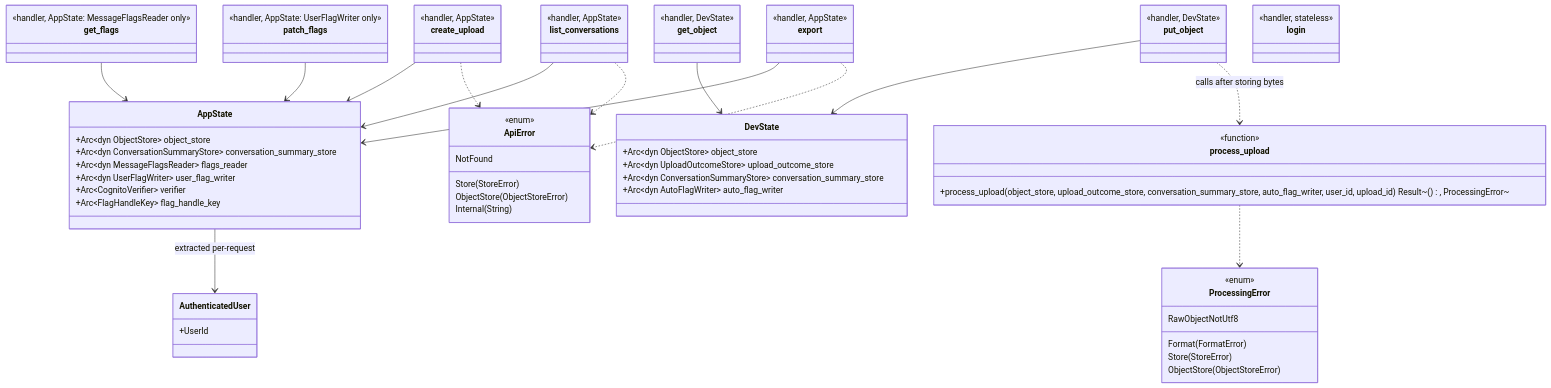
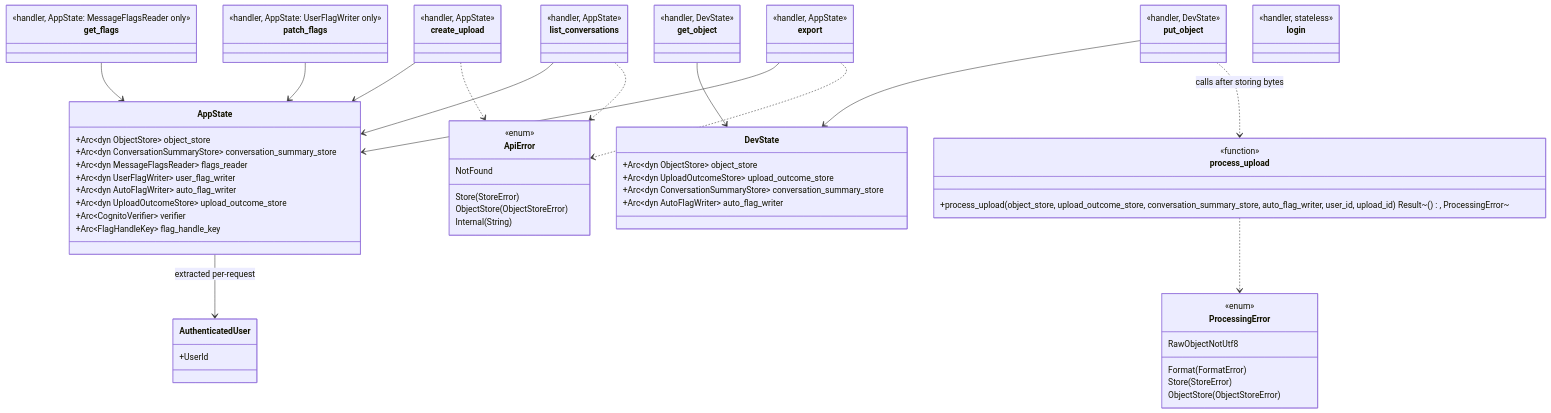
Before and after one commit to Telotrope/conversation-timeline: the diagram in backend/timeline-api/README.md, drawn with Mermaid. The commit also changed other lines of this file and 4 other files, not shown here.

````diff
--- a/backend/timeline-api/README.md
+++ b/backend/timeline-api/README.md
@@ -94,76 +108,78 @@
 ```mermaid
 classDiagram
     class AppState {
         +Arc~dyn ObjectStore~ object_store
         +Arc~dyn ConversationSummaryStore~ conversation_summary_store
         +Arc~dyn MessageFlagsReader~ flags_reader
         +Arc~dyn UserFlagWriter~ user_flag_writer
+        +Arc~dyn AutoFlagWriter~ auto_flag_writer
+        +Arc~dyn UploadOutcomeStore~ upload_outcome_store
         +Arc~CognitoVerifier~ verifier
         +Arc~FlagHandleKey~ flag_handle_key
     }
     class DevState {
         +Arc~dyn ObjectStore~ object_store
         +Arc~dyn UploadOutcomeStore~ upload_outcome_store
         +Arc~dyn ConversationSummaryStore~ conversation_summary_store
         +Arc~dyn AutoFlagWriter~ auto_flag_writer
     }
     class AuthenticatedUser {
         +UserId
     }
     class ApiError {
         <<enum>>
         NotFound
         Store(StoreError)
         ObjectStore(ObjectStoreError)
         Internal(String)
     }
     class ProcessingError {
         <<enum>>
         RawObjectNotUtf8
         Format(FormatError)
         Store(StoreError)
         ObjectStore(ObjectStoreError)
     }
     class process_upload {
         <<function>>
         +process_upload(object_store, upload_outcome_store, conversation_summary_store, auto_flag_writer, user_id, upload_id) Result~(), ProcessingError~
     }
     class create_upload {
         <<handler, AppState>>
     }
     class list_conversations {
         <<handler, AppState>>
     }
     class get_flags {
         <<handler, AppState: MessageFlagsReader only>>
     }
     class patch_flags {
         <<handler, AppState: UserFlagWriter only>>
     }
     class export {
         <<handler, AppState>>
     }
     class put_object {
         <<handler, DevState>>
     }
     class get_object {
         <<handler, DevState>>
     }
     class login {
         <<handler, stateless>>
     }
 
     AppState --> AuthenticatedUser : extracted per-request
     create_upload --> AppState
     list_conversations --> AppState
     get_flags --> AppState
     patch_flags --> AppState
     export --> AppState
     put_object --> DevState
     get_object --> DevState
     put_object ..> process_upload : calls after storing bytes
     process_upload ..> ProcessingError
     create_upload ..> ApiError
     list_conversations ..> ApiError
     export ..> ApiError
 ```
````
